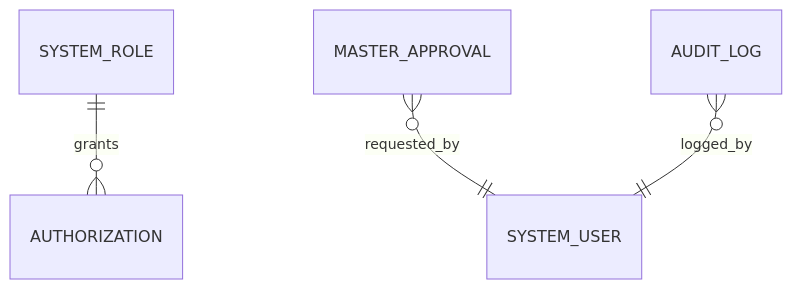
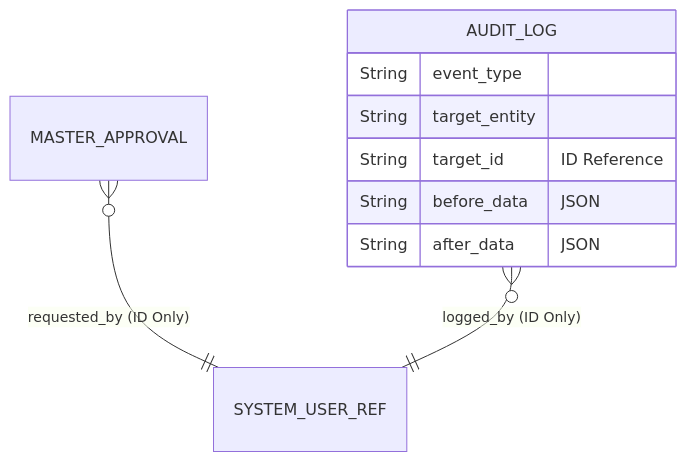
The diagram in governance/docs/schema.md (skyg547/account), drawn with Mermaid before and after one commit. The commit also changed other lines of this file and 94 other files, not shown here.

````diff
--- a/governance/docs/schema.md
+++ b/governance/docs/schema.md
@@ -5,6 +7,12 @@
 ```mermaid
 erDiagram
-    SYSTEM_ROLE ||--o{ AUTHORIZATION : grants
-    MASTER_APPROVAL }o--|| SYSTEM_USER : requested_by
-    AUDIT_LOG }o--|| SYSTEM_USER : logged_by
+    MASTER_APPROVAL }o--|| SYSTEM_USER_REF : "requested_by (ID Only)"
+    AUDIT_LOG }o--|| SYSTEM_USER_REF : "logged_by (ID Only)"
+    AUDIT_LOG {
+        String event_type
+        String target_entity
+        String target_id "ID Reference"
+        String before_data "JSON"
+        String after_data "JSON"
+    }
 ```
````
